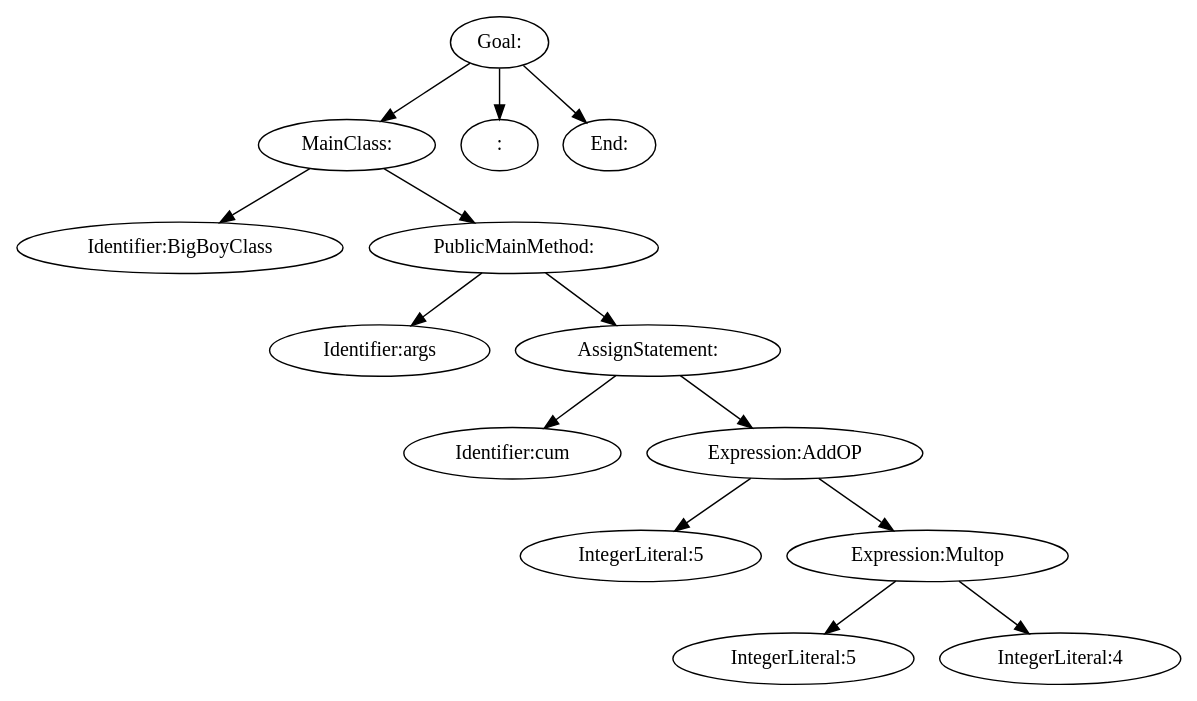
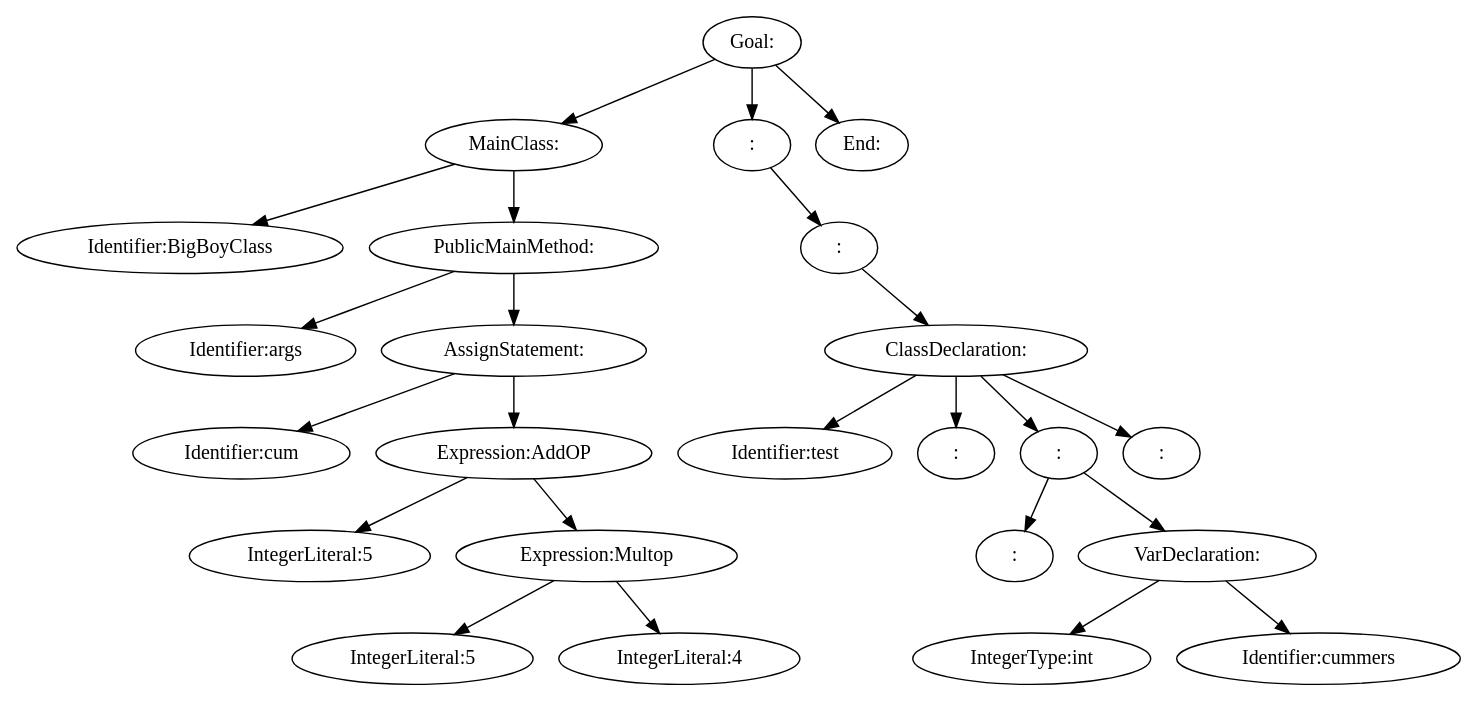
The diagram in semantic/tree.dot (DingusDungus/kompilator2), drawn with Graphviz before and after one commit. The commit also changed 4 other files, not shown here.

```diff
--- a/semantic/tree.dot
+++ b/semantic/tree.dot
@@ -1,29 +1,49 @@
 digraph {
 n0 [label="Goal:"];
 n1 [label="MainClass:"];
 n2 [label="Identifier:BigBoyClass"];
 n1 -> n2
 n3 [label="PublicMainMethod:"];
 n4 [label="Identifier:args"];
 n3 -> n4
 n5 [label="AssignStatement:"];
 n6 [label="Identifier:cum"];
 n5 -> n6
 n7 [label="Expression:AddOP"];
 n8 [label="IntegerLiteral:5"];
 n7 -> n8
 n9 [label="Expression:Multop"];
 n10 [label="IntegerLiteral:5"];
 n9 -> n10
 n11 [label="IntegerLiteral:4"];
 n9 -> n11
 n7 -> n9
 n5 -> n7
 n3 -> n5
 n1 -> n3
 n0 -> n1
 n12 [label=":"];
+n13 [label=":"];
+n14 [label="ClassDeclaration:"];
+n15 [label="Identifier:test"];
+n14 -> n15
+n16 [label=":"];
+n14 -> n16
+n17 [label=":"];
+n18 [label=":"];
+n17 -> n18
+n19 [label="VarDeclaration:"];
+n20 [label="IntegerType:int"];
+n19 -> n20
+n21 [label="Identifier:cummers"];
+n19 -> n21
+n17 -> n19
+n14 -> n17
+n22 [label=":"];
+n14 -> n22
+n13 -> n14
+n12 -> n13
 n0 -> n12
-n13 [label="End:"];
-n0 -> n13
+n23 [label="End:"];
+n0 -> n23
 }
```
